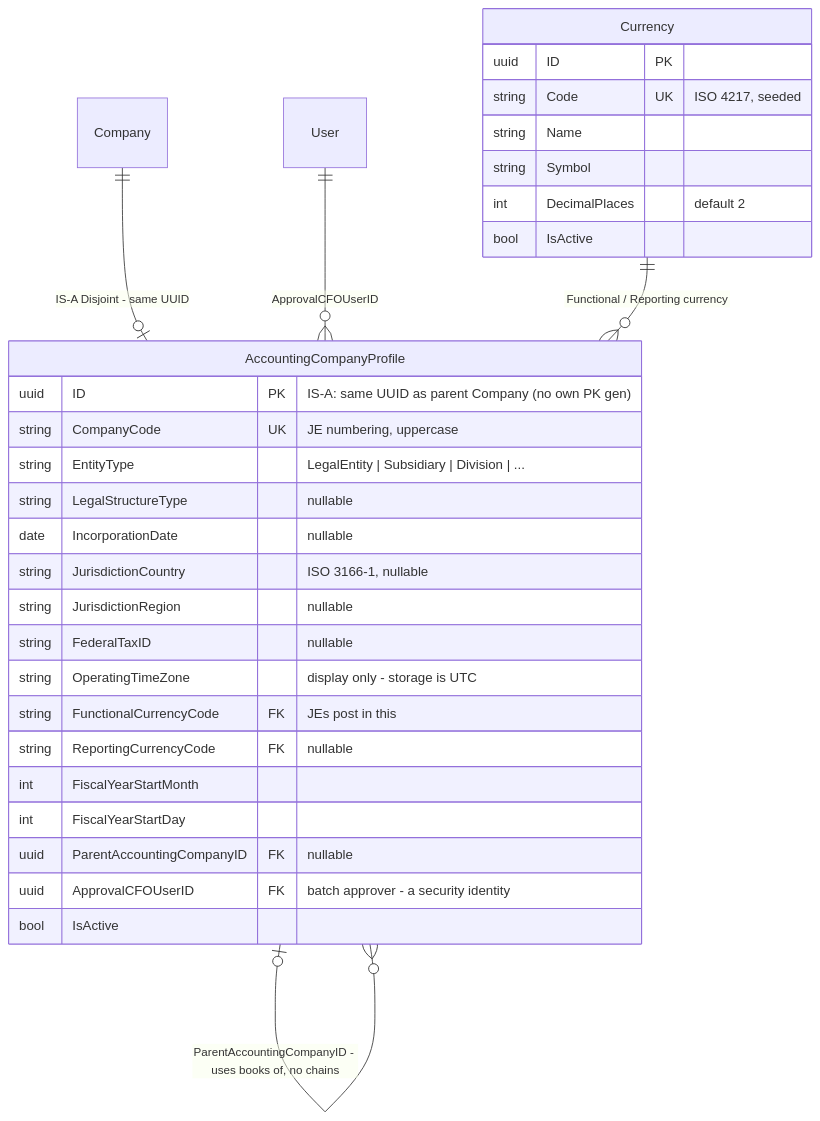
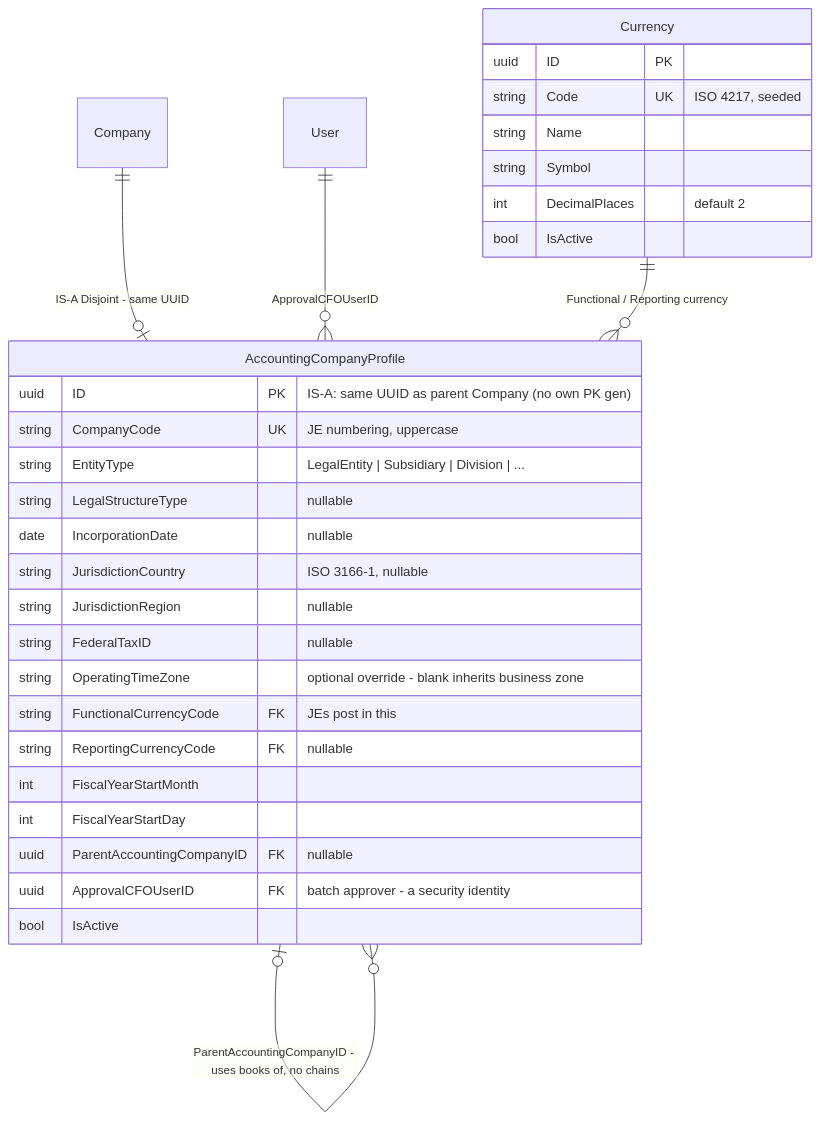
The third of 13 diagrams in docs/bizapps-accounting-erd.md (MemberJunction/bizapps-accounting), drawn with Mermaid before and after one commit. The commit also changed other lines of this file and 11 other files, not shown here.

First line of the commit message:
fix(company-profile): stop defaulting OperatingTimeZone to UTC (#158)

````diff
--- a/docs/bizapps-accounting-erd.md
+++ b/docs/bizapps-accounting-erd.md
@@ -479,34 +479,34 @@
 ```mermaid
 erDiagram
     Company ||--o| AccountingCompanyProfile : "IS-A Disjoint - same UUID"
     User ||--o{ AccountingCompanyProfile : "ApprovalCFOUserID"
     Currency ||--o{ AccountingCompanyProfile : "Functional / Reporting currency"
     AccountingCompanyProfile |o--o{ AccountingCompanyProfile : "ParentAccountingCompanyID - uses books of, no chains"
 
     AccountingCompanyProfile {
         uuid ID PK "IS-A: same UUID as parent Company (no own PK gen)"
         string CompanyCode UK "JE numbering, uppercase"
         string EntityType "LegalEntity | Subsidiary | Division | ..."
         string LegalStructureType "nullable"
         date IncorporationDate "nullable"
         string JurisdictionCountry "ISO 3166-1, nullable"
         string JurisdictionRegion "nullable"
         string FederalTaxID "nullable"
-        string OperatingTimeZone "display only - storage is UTC"
+        string OperatingTimeZone "optional override - blank inherits business zone"
         string FunctionalCurrencyCode FK "JEs post in this"
         string ReportingCurrencyCode FK "nullable"
         int FiscalYearStartMonth
         int FiscalYearStartDay
         uuid ParentAccountingCompanyID FK "nullable"
         uuid ApprovalCFOUserID FK "batch approver - a security identity"
         bool IsActive
     }
     Currency {
         uuid ID PK
         string Code UK "ISO 4217, seeded"
         string Name
         string Symbol
         int DecimalPlaces "default 2"
         bool IsActive
     }
 ```
````
